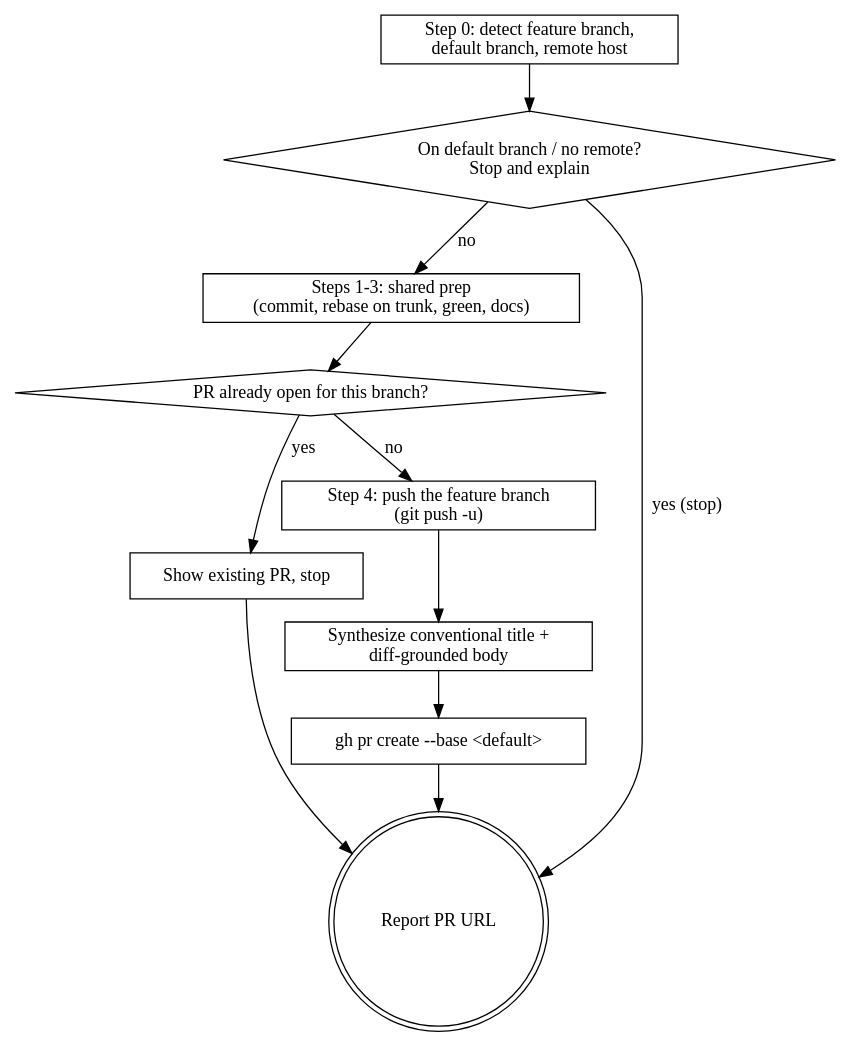
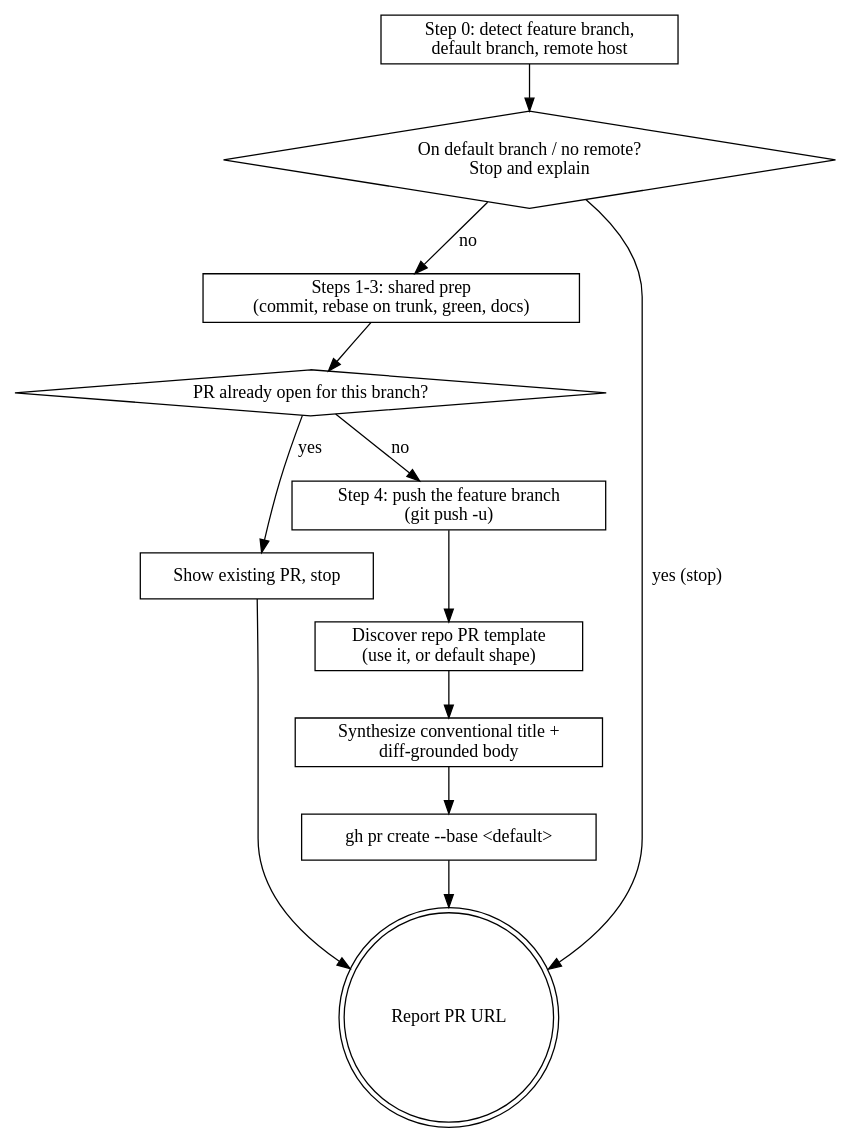
The diagram in plugins/natelandau-toolkit/skills/pr/SKILL.md (natelandau/cc-plugin), drawn with Graphviz before and after one commit. The commit also changed other lines of this file, not shown here.

First line of the commit message:
feat(pr): use a repo's pull-request template when opening a PR

````diff
--- a/plugins/natelandau-toolkit/skills/pr/SKILL.md
+++ b/plugins/natelandau-toolkit/skills/pr/SKILL.md
@@ -43,23 +48,24 @@
 ```dot
 digraph pr {
   rankdir=TB; node [shape=box];
   detect   [label="Step 0: detect feature branch,\ndefault branch, remote host"];
   refuse   [label="On default branch / no remote?\nStop and explain" shape=diamond];
   prep     [label="Steps 1-3: shared prep\n(commit, rebase on trunk, green, docs)"];
   exists   [label="PR already open for this branch?" shape=diamond];
   show     [label="Show existing PR, stop"];
   push     [label="Step 4: push the feature branch\n(git push -u)"];
+  tmpl     [label="Discover repo PR template\n(use it, or default shape)"];
   body     [label="Synthesize conventional title +\ndiff-grounded body"];
   create   [label="gh pr create --base <default>"];
   done     [label="Report PR URL" shape=doublecircle];
 
   detect -> refuse;
   refuse -> done [label="yes (stop)"];
   refuse -> prep [label="no"];
   prep -> exists;
   exists -> show [label="yes"];
   show -> done;
   exists -> push [label="no"];
-  push -> body -> create -> done;
+  push -> tmpl -> body -> create -> done;
 }
 ```
````
